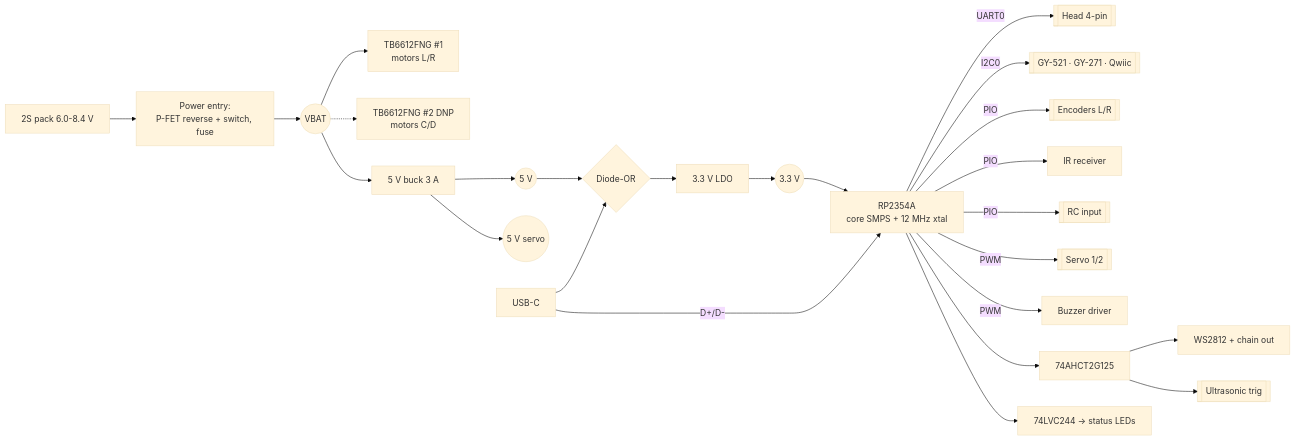
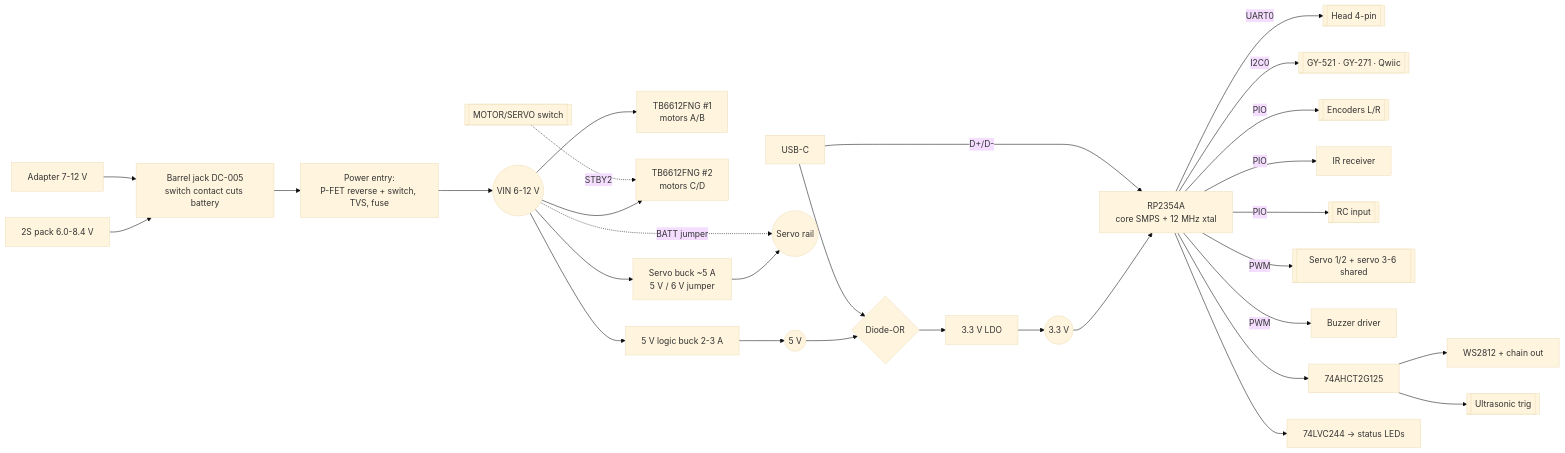
The first of 4 diagrams in docs/lld/base-board-lld.md (mannuray/conqueror), drawn with Mermaid (base theme) before and after one commit. The commit also changed other lines of this file and 2 other files, not shown here.

Commit message:
docs(spec,lld): base board - switchable motor C/D or servo 3-6, servo buck with 5V/6V/BATT, barrel jack adapter input

````diff
--- a/docs/lld/base-board-lld.md
+++ b/docs/lld/base-board-lld.md
@@ -21,25 +21,30 @@
 ```mermaid
 flowchart LR
-  BAT[2S pack 6.0-8.4 V] --> PWR[Power entry:<br/>P-FET reverse + switch, fuse]
-  PWR --> VBAT((VBAT))
-  VBAT --> TB1[TB6612FNG #1<br/>motors L/R]
-  VBAT -.-> TB2[TB6612FNG #2 DNP<br/>motors C/D]
-  VBAT --> BUCK[5 V buck 3 A]
+  BAT[2S pack 6.0-8.4 V] --> JACK[Barrel jack DC-005<br/>switch contact cuts battery]
+  ADP[Adapter 7-12 V] --> JACK
+  JACK --> PWR[Power entry:<br/>P-FET reverse + switch, TVS, fuse]
+  PWR --> VBAT((VIN 6-12 V))
+  VBAT --> TB1[TB6612FNG #1<br/>motors A/B]
+  VBAT --> TB2[TB6612FNG #2<br/>motors C/D]
+  SW2[[MOTOR/SERVO switch]] -. STBY2 .-> TB2
+  VBAT --> BUCK[5 V logic buck 2-3 A]
   BUCK --> V5((5 V))
-  BUCK --> V5S((5 V servo))
+  VBAT --> SBUCK[Servo buck ~5 A<br/>5 V / 6 V jumper]
+  SBUCK --> V5S((Servo rail))
+  VBAT -. BATT jumper .-> V5S
   V5 --> DOR{Diode-OR}
   USBC[USB-C] --> DOR
   DOR --> LDO[3.3 V LDO] --> V33((3.3 V))
   V33 --> MCU[RP2354A<br/>core SMPS + 12 MHz xtal]
   USBC -- D+/D- --> MCU
   MCU -- UART0 --> HEAD[[Head 4-pin]]
   MCU -- I2C0 --> I2C[[GY-521 · GY-271 · Qwiic]]
   MCU -- PIO --> ENC[[Encoders L/R]]
   MCU -- PIO --> IRX[IR receiver]
   MCU -- PIO --> RC[[RC input]]
-  MCU -- PWM --> SRV[[Servo 1/2]]
+  MCU -- PWM --> SRV[[Servo 1/2 + servo 3-6 shared]]
   MCU -- PWM --> BZ[Buzzer driver]
   MCU --> BUF[74AHCT2G125] --> WS[WS2812 + chain out]
   BUF --> US[[Ultrasonic trig]]
   MCU --> STAT[74LVC244 → status LEDs]
 ```
````
